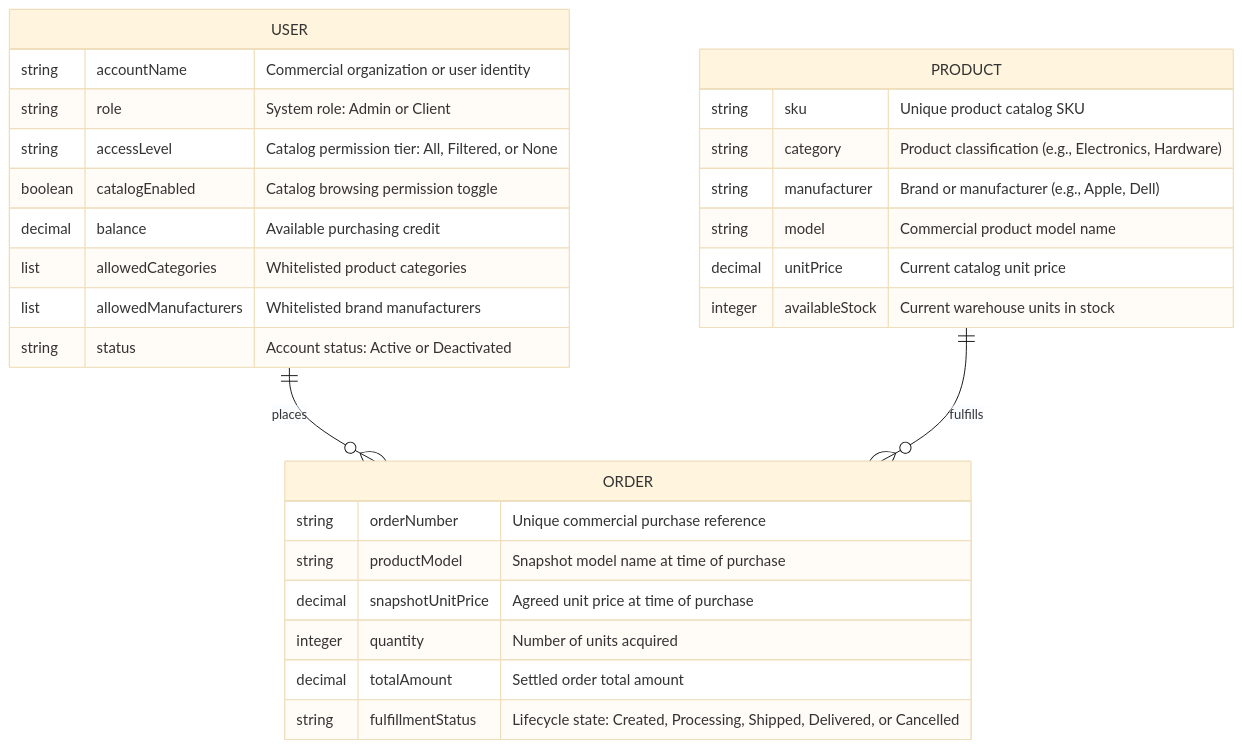
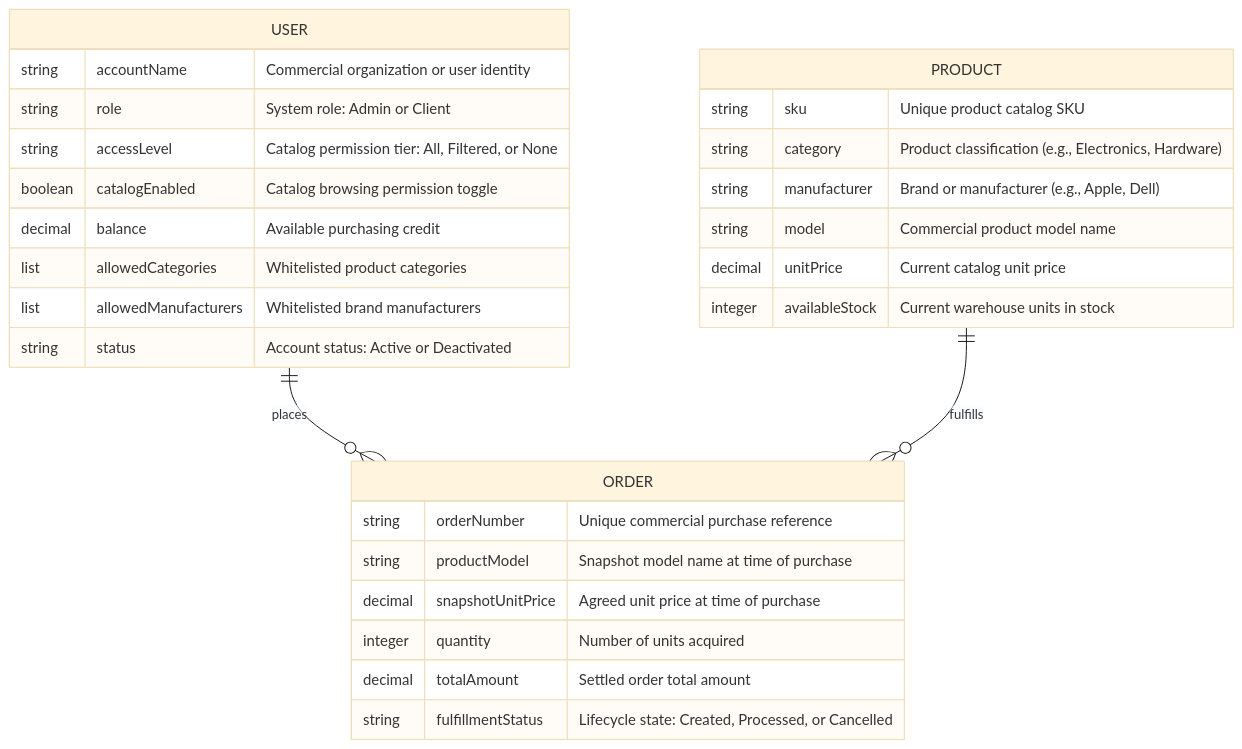
Before and after one commit to altregubov/warehouse-rest-test-app: the second of 4 diagrams in specs/CLIENT_SPEC.md, drawn with Mermaid (base theme). The commit also changed other lines of this file and 11 other files, not shown here.

First line of the commit message:
feat: simplify order lifecycle to CREATED, PROCESSED, and CANCELLED with automatic refund

````diff
--- a/specs/CLIENT_SPEC.md
+++ b/specs/CLIENT_SPEC.md
@@ -93,34 +93,34 @@
 ```mermaid
 erDiagram
     USER ||--o{ ORDER : "places"
     PRODUCT ||--o{ ORDER : "fulfills"
 
     USER {
         string accountName "Commercial organization or user identity"
         string role "System role: Admin or Client"
         string accessLevel "Catalog permission tier: All, Filtered, or None"
         boolean catalogEnabled "Catalog browsing permission toggle"
         decimal balance "Available purchasing credit"
         list allowedCategories "Whitelisted product categories"
         list allowedManufacturers "Whitelisted brand manufacturers"
         string status "Account status: Active or Deactivated"
     }
 
     PRODUCT {
         string sku "Unique product catalog SKU"
         string category "Product classification (e.g., Electronics, Hardware)"
         string manufacturer "Brand or manufacturer (e.g., Apple, Dell)"
         string model "Commercial product model name"
         decimal unitPrice "Current catalog unit price"
         integer availableStock "Current warehouse units in stock"
     }
 
     ORDER {
         string orderNumber "Unique commercial purchase reference"
         string productModel "Snapshot model name at time of purchase"
         decimal snapshotUnitPrice "Agreed unit price at time of purchase"
         integer quantity "Number of units acquired"
         decimal totalAmount "Settled order total amount"
-        string fulfillmentStatus "Lifecycle state: Created, Processing, Shipped, Delivered, or Cancelled"
+        string fulfillmentStatus "Lifecycle state: Created, Processed, or Cancelled"
     }
 ```
````
